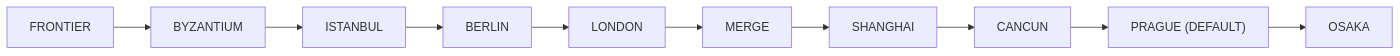
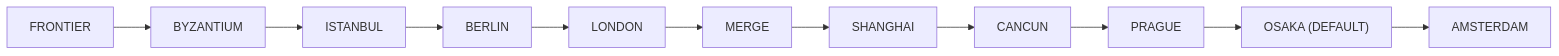
One commit to evmts/voltaire changed the diagram in packages/voltaire-ts/docs/primitives/hardfork/index.mdx. Above: the diagram before and after it, drawn with Mermaid. The commit also changed other lines of this file and 10 other files, not shown here.

````diff
--- a/packages/voltaire-ts/docs/primitives/hardfork/index.mdx
+++ b/packages/voltaire-ts/docs/primitives/hardfork/index.mdx
@@ -8,4 +8,4 @@
 ```mermaid
 flowchart LR
-  F["FRONTIER"] --> B["BYZANTIUM"] --> I["ISTANBUL"] --> Be["BERLIN"] --> L["LONDON"] --> M["MERGE"] --> S["SHANGHAI"] --> C["CANCUN"] --> P["PRAGUE (DEFAULT)"] --> O["OSAKA"]
+  F["FRONTIER"] --> B["BYZANTIUM"] --> I["ISTANBUL"] --> Be["BERLIN"] --> L["LONDON"] --> M["MERGE"] --> S["SHANGHAI"] --> C["CANCUN"] --> P["PRAGUE"] --> O["OSAKA (DEFAULT)"] --> A["AMSTERDAM"]
 ```
````
